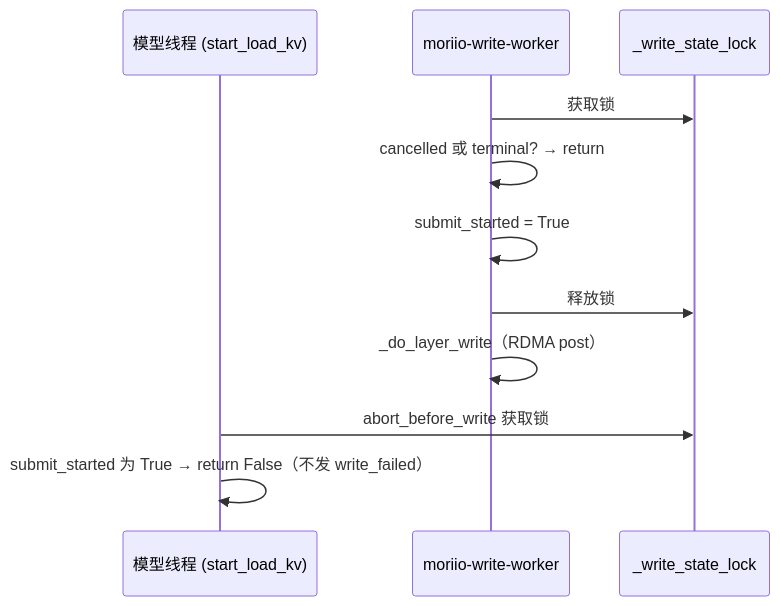
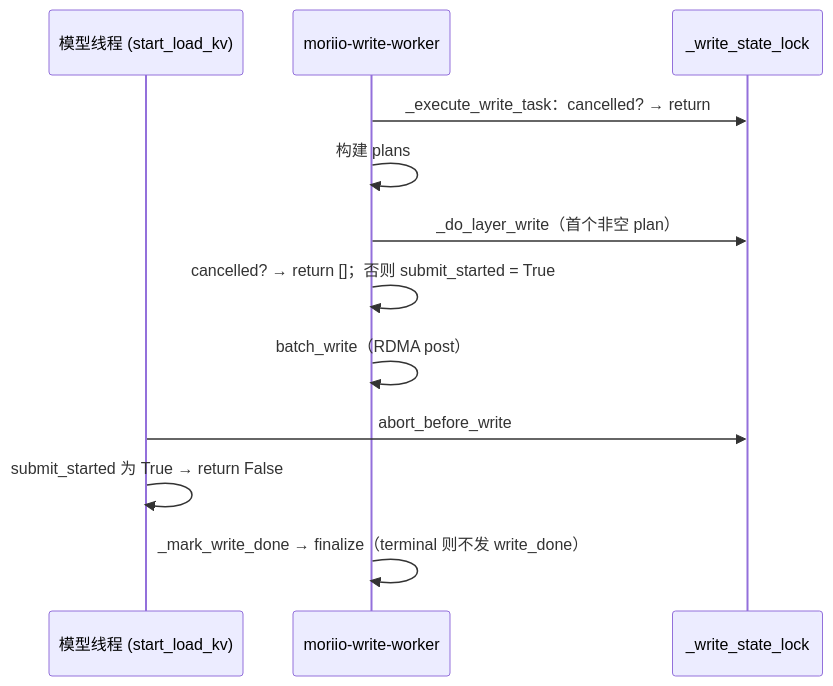
Before and after one commit to shen-shanshan/vllm-dev-skills: the second of 2 diagrams in skills/vllm-rocm-pr-review/outputs/pr-60852-review.md, drawn with Mermaid. The commit also changed other lines of this file and 2 other files, not shown here.

````diff
--- a/skills/vllm-rocm-pr-review/outputs/pr-60852-review.md
+++ b/skills/vllm-rocm-pr-review/outputs/pr-60852-review.md
@@ -64,13 +67,14 @@
 ```mermaid
 sequenceDiagram
     participant MT as 模型线程 (start_load_kv)
     participant WT as moriio-write-worker
     participant L as _write_state_lock
-    WT->>L: 获取锁
-    WT->>WT: cancelled 或 terminal? → return
-    WT->>WT: submit_started = True
-    WT->>L: 释放锁
-    WT->>WT: _do_layer_write（RDMA post）
-    MT->>L: abort_before_write 获取锁
-    MT->>MT: submit_started 为 True → return False（不发 write_failed）
+    WT->>L: _execute_write_task：cancelled? → return
+    WT->>WT: 构建 plans
+    WT->>L: _do_layer_write（首个非空 plan）
+    WT->>WT: cancelled? → return []；否则 submit_started = True
+    WT->>WT: batch_write（RDMA post）
+    MT->>L: abort_before_write
+    MT->>MT: submit_started 为 True → return False
+    WT->>WT: _mark_write_done → finalize（terminal 则不发 write_done）
 ```
````
